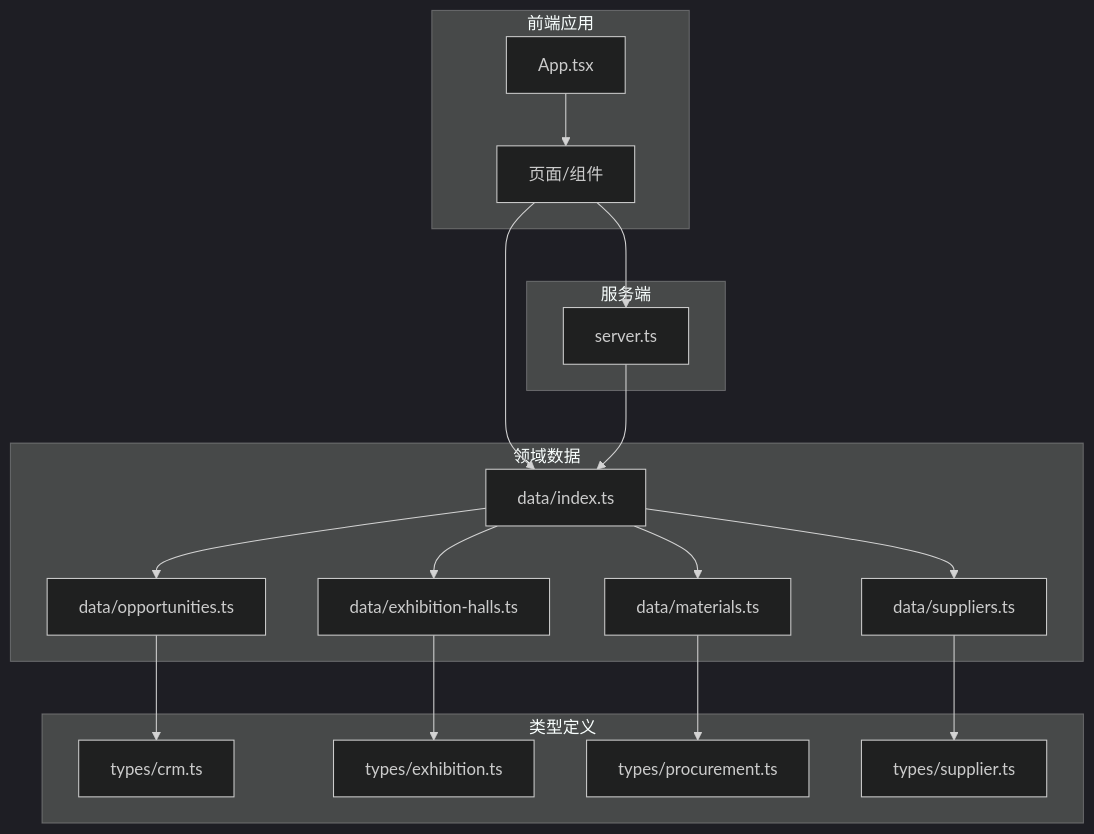
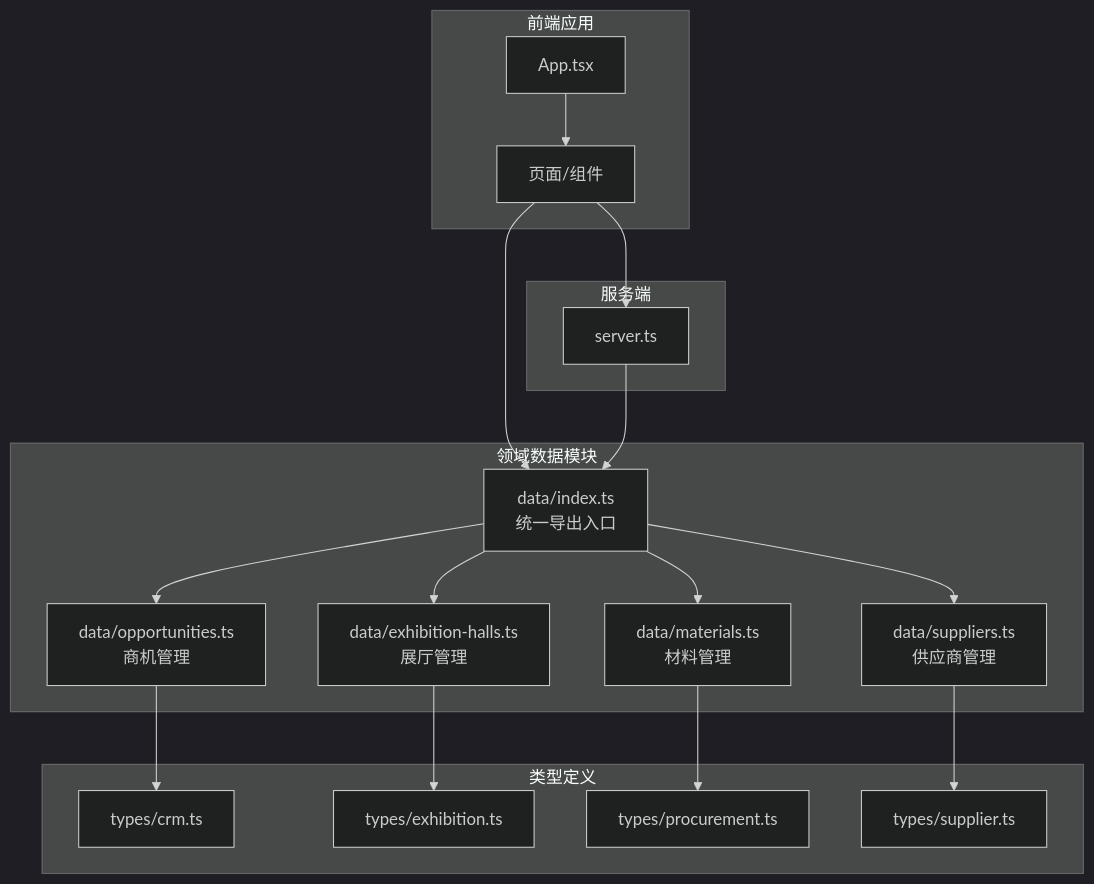
Before and after one commit to Hu-Right/supply-os: the first of 7 diagrams in .qoder/repowiki/zh/content/数据管理/数据管理.md, drawn with Mermaid (dark theme). The commit also changed other lines of this file and 33 other files, not shown here.

````diff
--- a/.qoder/repowiki/zh/content/数据管理/数据管理.md
+++ b/.qoder/repowiki/zh/content/数据管理/数据管理.md
@@ -38,35 +47,35 @@
 ```mermaid
 graph TB
 subgraph "前端应用"
 A["App.tsx"]
 B["页面/组件"]
 end
 subgraph "类型定义"
 T1["types/crm.ts"]
 T2["types/exhibition.ts"]
 T3["types/procurement.ts"]
 T4["types/supplier.ts"]
 end
-subgraph "领域数据"
-D1["data/index.ts"]
-D2["data/suppliers.ts"]
-D3["data/exhibition-halls.ts"]
-D4["data/opportunities.ts"]
-D5["data/materials.ts"]
+subgraph "领域数据模块"
+D1["data/index.ts<br/>统一导出入口"]
+D2["data/suppliers.ts<br/>供应商管理"]
+D3["data/exhibition-halls.ts<br/>展厅管理"]
+D4["data/opportunities.ts<br/>商机管理"]
+D5["data/materials.ts<br/>材料管理"]
 end
 subgraph "服务端"
 S["server.ts"]
 end
 A --> B
 B --> D1
 D1 --> D2
 D1 --> D3
 D1 --> D4
 D1 --> D5
 D2 --> T4
 D3 --> T2
 D4 --> T1
 D5 --> T3
 B --> S
 S --> D1
 ```
````
